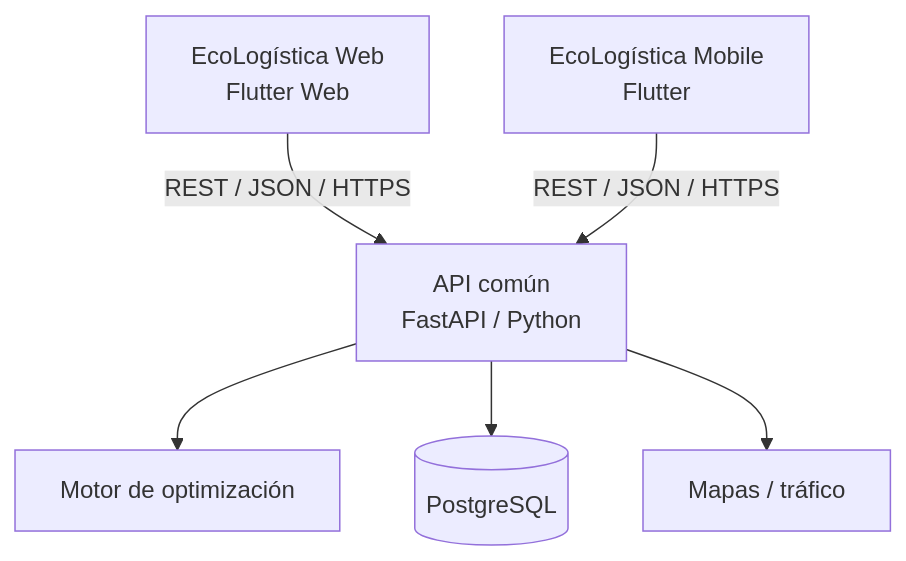
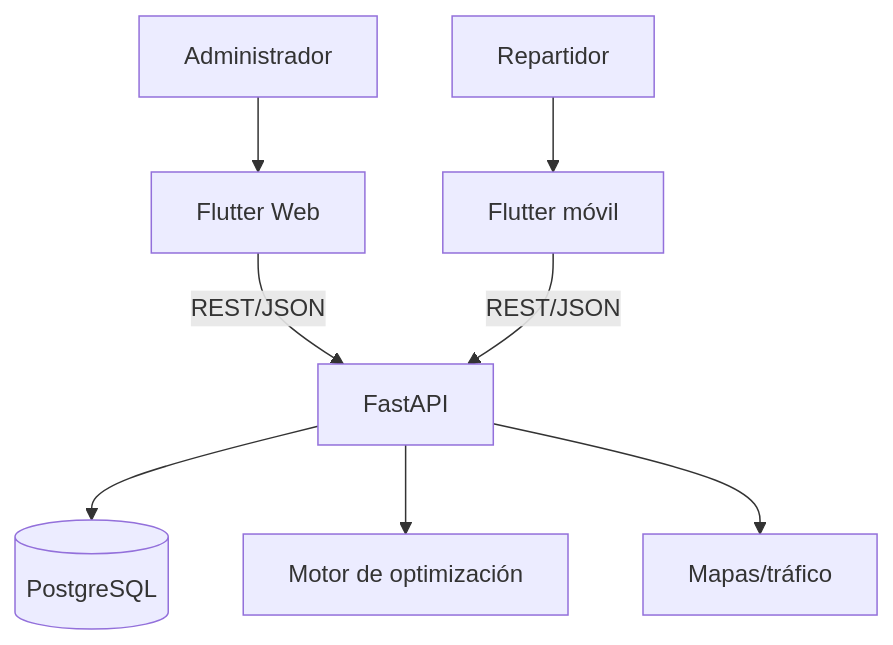
One commit to DartBlackLink/PFA changed the first of 3 diagrams in README.md. Above: the diagram before and after it, drawn with Mermaid. The commit also changed other lines of this file and 17 other files, not shown here.

````diff
--- a/README.md
+++ b/README.md
@@ -45,15 +34,10 @@
 ```mermaid
 flowchart TD
-    WEB[EcoLogística Web<br/>Flutter Web]
-    MOBILE[EcoLogística Mobile<br/>Flutter]
-    API[API común<br/>FastAPI / Python]
-    OPT[Motor de optimización]
-    DB[(PostgreSQL)]
-    EXT[Mapas / tráfico]
-
-    WEB -->|REST / JSON / HTTPS| API
-    MOBILE -->|REST / JSON / HTTPS| API
-    API --> OPT
-    API --> DB
-    API --> EXT
+    ADMIN[Administrador] --> WEB[Flutter Web]
+    REP[Repartidor] --> MOB[Flutter móvil]
+    WEB -->|REST/JSON| API[FastAPI]
+    MOB -->|REST/JSON| API
+    API --> DB[(PostgreSQL)]
+    API --> OPT[Motor de optimización]
+    API --> MAP[Mapas/tráfico]
 ```
````
